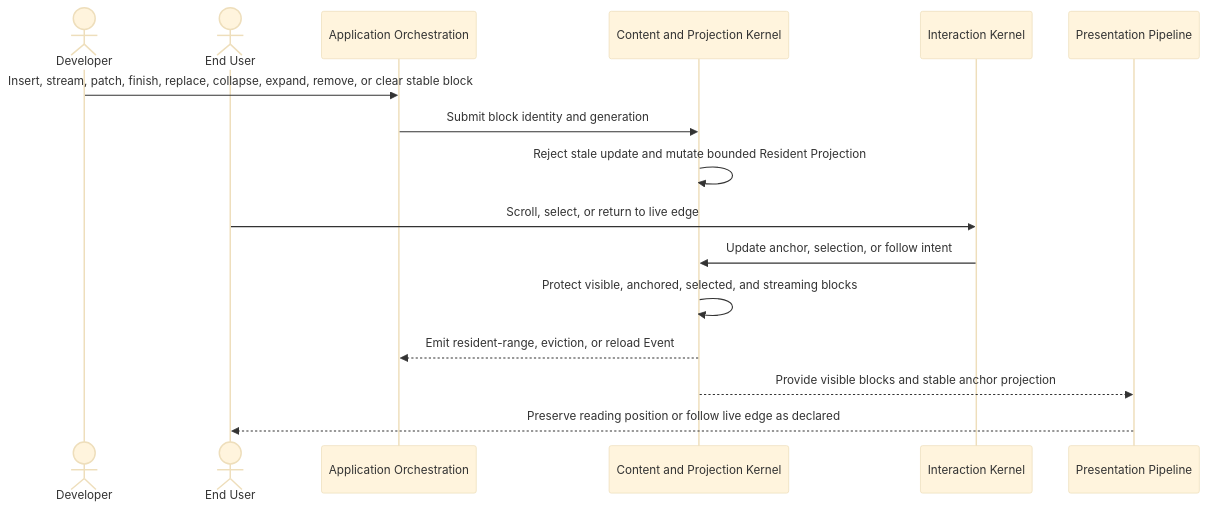
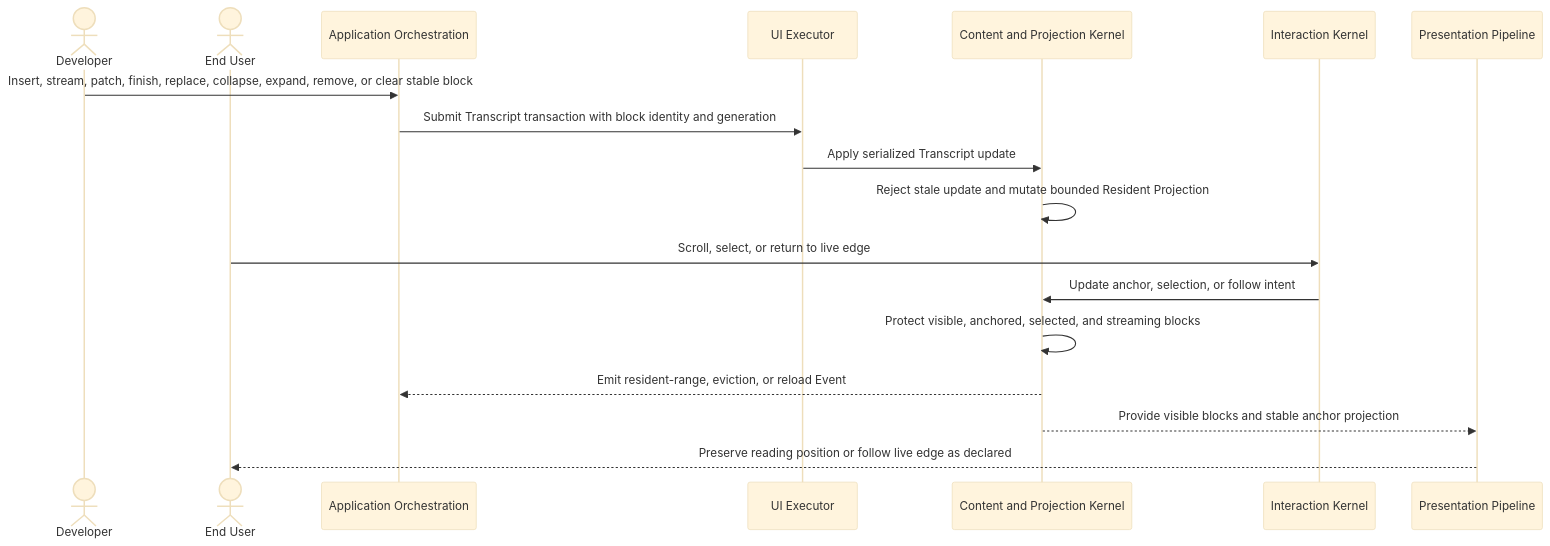
One commit to Tuvren/tuvren-tui changed the diagram in .constitution/architecture/flows/transcript-streaming.md. Above: the diagram before and after it, drawn with Mermaid (base theme). The commit also changed 4 other files, not shown here.

````diff
--- a/.constitution/architecture/flows/transcript-streaming.md
+++ b/.constitution/architecture/flows/transcript-streaming.md
@@ -9,19 +9,21 @@
 ```mermaid
 sequenceDiagram
     actor Dev as Developer
     actor EU as End User
     participant Orch as Application Orchestration
+    participant Exec as UI Executor
     participant Content as Content and Projection Kernel
     participant Interact as Interaction Kernel
     participant Present as Presentation Pipeline
 
     Dev->>Orch: Insert, stream, patch, finish, replace, collapse, expand, remove, or clear stable block
-    Orch->>Content: Submit block identity and generation
+    Orch->>Exec: Submit Transcript transaction with block identity and generation
+    Exec->>Content: Apply serialized Transcript update
     Content->>Content: Reject stale update and mutate bounded Resident Projection
     EU->>Interact: Scroll, select, or return to live edge
     Interact->>Content: Update anchor, selection, or follow intent
     Content->>Content: Protect visible, anchored, selected, and streaming blocks
     Content-->>Orch: Emit resident-range, eviction, or reload Event
     Content-->>Present: Provide visible blocks and stable anchor projection
     Present-->>EU: Preserve reading position or follow live edge as declared
 ```
````
